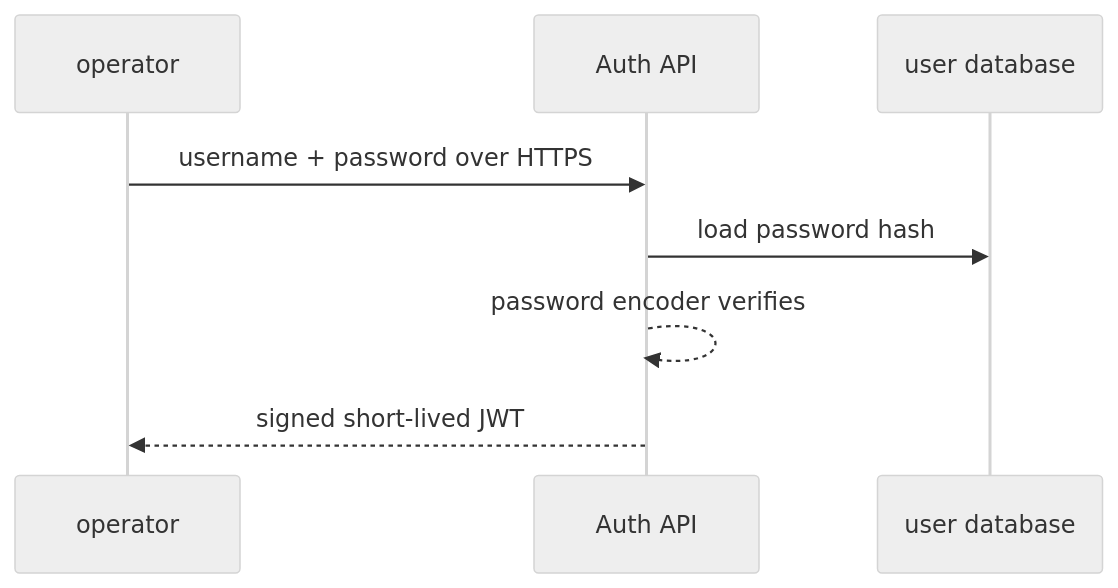
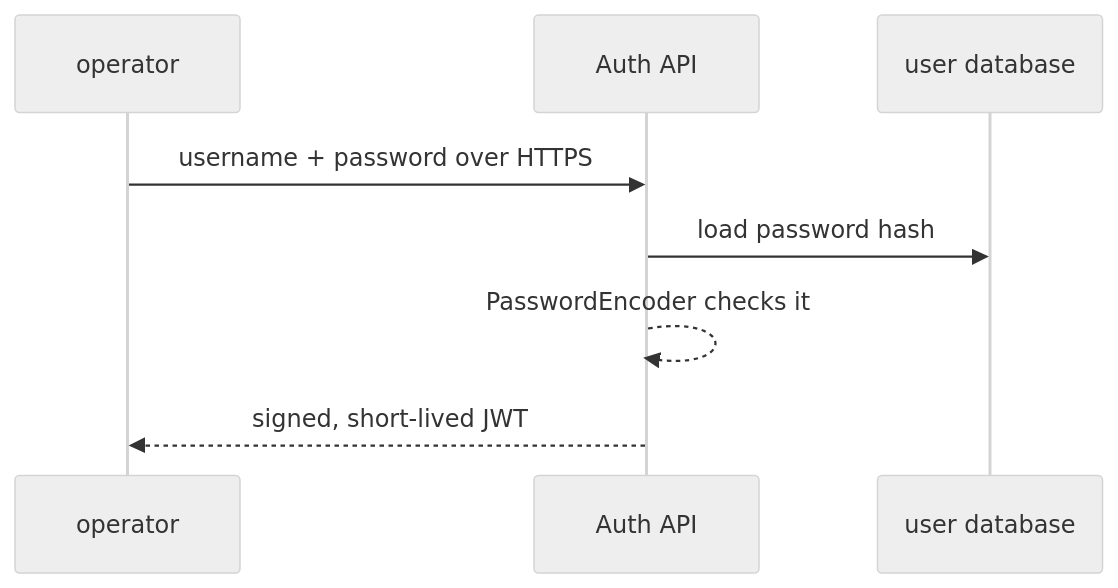
One commit to kevin-voss/learning-project changed the diagram in tracks/spring-boot/references/web-and-api/authentication.md. Above: the diagram before and after it, drawn with Mermaid (neutral theme). The commit also changed other lines of this file and 66 other files, not shown here.

````diff
--- a/tracks/spring-boot/references/web-and-api/authentication.md
+++ b/tracks/spring-boot/references/web-and-api/authentication.md
@@ -16,10 +22,10 @@
 ```mermaid
 sequenceDiagram
   participant C as operator
   participant A as Auth API
   participant D as user database
   C->>A: username + password over HTTPS
   A->>D: load password hash
-  A-->>A: password encoder verifies
-  A-->>C: signed short-lived JWT
+  A-->>A: PasswordEncoder checks it
+  A-->>C: signed, short-lived JWT
 ```
````
